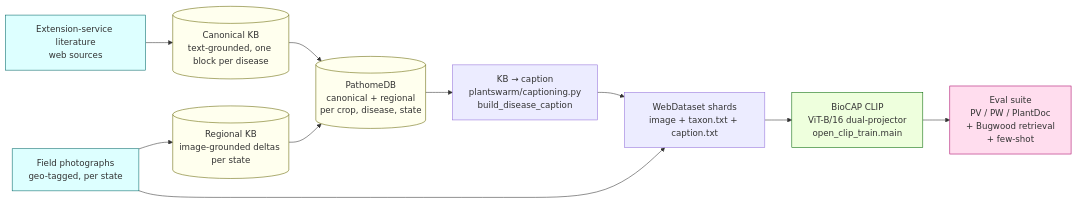
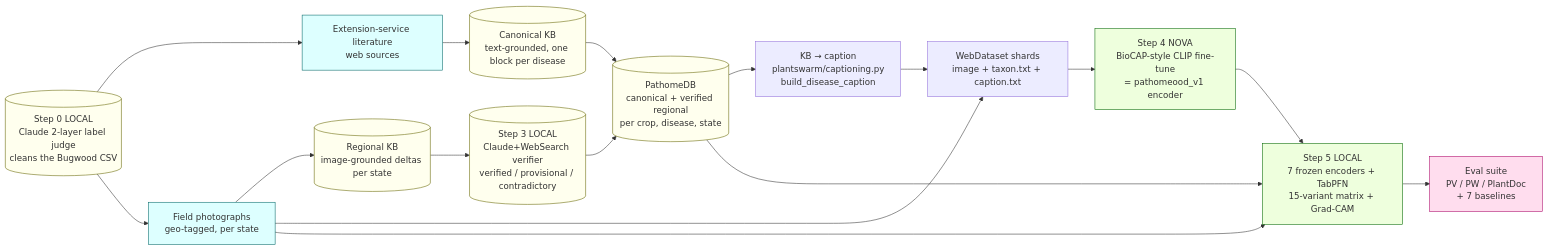
One commit to tirtho149/PRESAGE changed the first of 4 diagrams in PIPELINE.md. Above: the diagram before and after it, drawn with Mermaid. The commit also changed other lines of this file and 27 other files, not shown here.

````diff
--- a/PIPELINE.md
+++ b/PIPELINE.md
@@ -23,31 +23,39 @@
 ```mermaid
 flowchart LR
     A[Extension-service literature<br/>web sources]
     B[Field photographs<br/>geo-tagged, per state]
+    JUDGE[(Step 0 LOCAL<br/>Claude 2-layer label judge<br/>cleans the Bugwood CSV)]
     K[(Canonical KB<br/>text-grounded, one block per disease)]
     R[(Regional KB<br/>image-grounded deltas per state)]
-    DB[(PathomeDB<br/>canonical + regional<br/>per crop, disease, state)]
+    V[(Step 3 LOCAL<br/>Claude+WebSearch verifier<br/>verified / provisional / contradictory)]
+    DB[(PathomeDB<br/>canonical + verified regional<br/>per crop, disease, state)]
     CAP[KB → caption<br/>plantswarm/captioning.py<br/>build_disease_caption]
     SH[WebDataset shards<br/>image + taxon.txt + caption.txt]
-    C[BioCAP CLIP<br/>ViT-B/16 dual-projector<br/>open_clip_train.main]
-    E[Eval suite<br/>PV / PW / PlantDoc<br/>+ Bugwood retrieval<br/>+ few-shot]
+    C[Step 4 NOVA<br/>BioCAP-style CLIP fine-tune<br/>= pathomeood_v1 encoder]
+    T[Step 5 LOCAL<br/>7 frozen encoders + TabPFN<br/>15-variant matrix + Grad-CAM]
+    E[Eval suite<br/>PV / PW / PlantDoc<br/>+ 7 baselines]
 
+    JUDGE --> A
+    JUDGE --> B
     A --> K
     B --> R
+    R --> V --> DB
     K --> DB
-    R --> DB
     DB --> CAP
     B --> SH
     CAP --> SH
     SH --> C
-    C --> E
+    DB --> T
+    B --> T
+    C --> T
+    T --> E
 
     classDef src fill:#dff,stroke:#066
     classDef kb fill:#ffe,stroke:#660
     classDef model fill:#efd,stroke:#060
     classDef eval fill:#fde,stroke:#a06
     class A,B src
-    class K,R,DB kb
-    class C model
+    class JUDGE,V,K,R,DB kb
+    class C,T model
     class E eval
 ```
````
